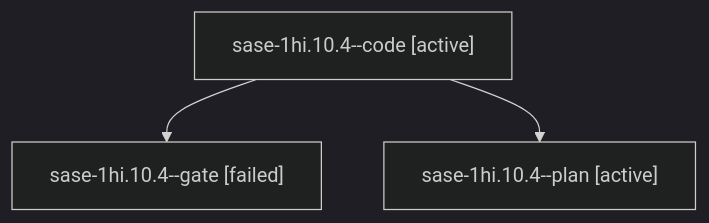
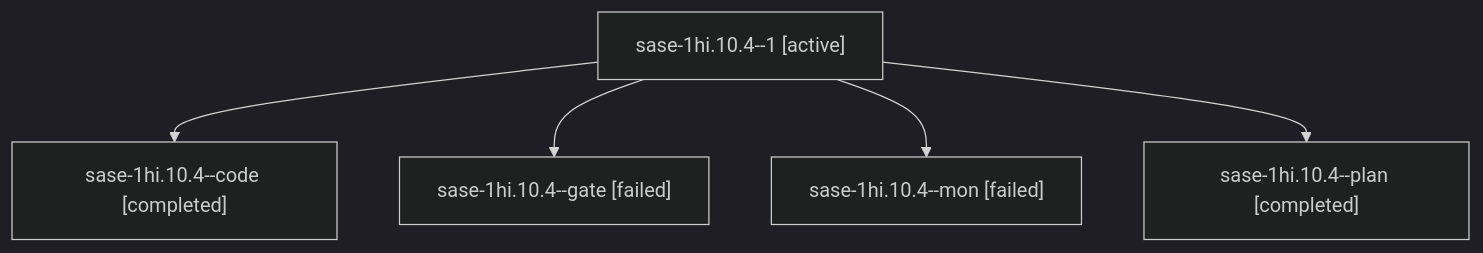
Before and after one commit to sase-org/sase--agents: the diagram in sessions/bbugyi200.apollo.sase-1hi.10.4.md, drawn with Mermaid (dark theme). The commit also changed other lines of this file and 126 other files, not shown here.

````diff
--- a/sessions/bbugyi200.apollo.sase-1hi.10.4.md
+++ b/sessions/bbugyi200.apollo.sase-1hi.10.4.md
@@ -9,8 +9,12 @@
 ```mermaid
 flowchart TD
-  n0["sase-1hi.10.4--code [active]"]
-  n1["sase-1hi.10.4--gate [failed]"]
+  n0["sase-1hi.10.4--1 [active]"]
+  n1["sase-1hi.10.4--code [completed]"]
   n0 --> n1
-  n2["sase-1hi.10.4--plan [active]"]
+  n2["sase-1hi.10.4--gate [failed]"]
   n0 --> n2
+  n3["sase-1hi.10.4--mon [failed]"]
+  n0 --> n3
+  n4["sase-1hi.10.4--plan [completed]"]
+  n0 --> n4
 ```
````
